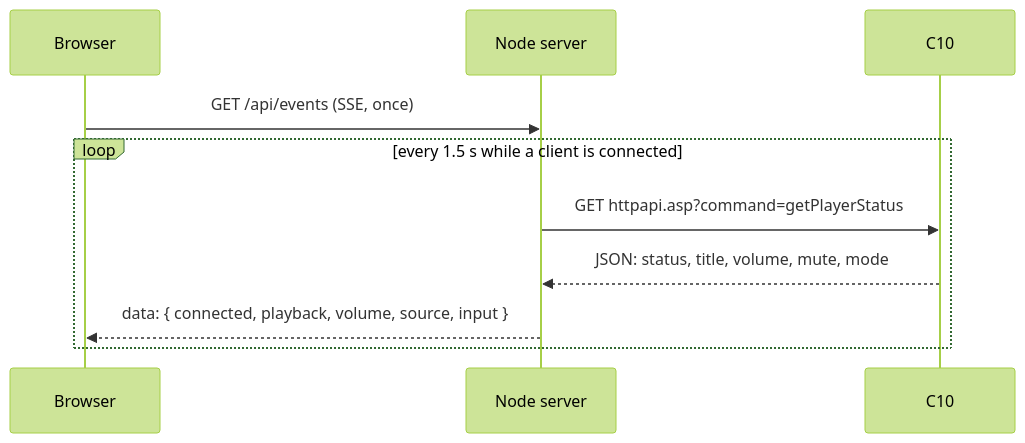
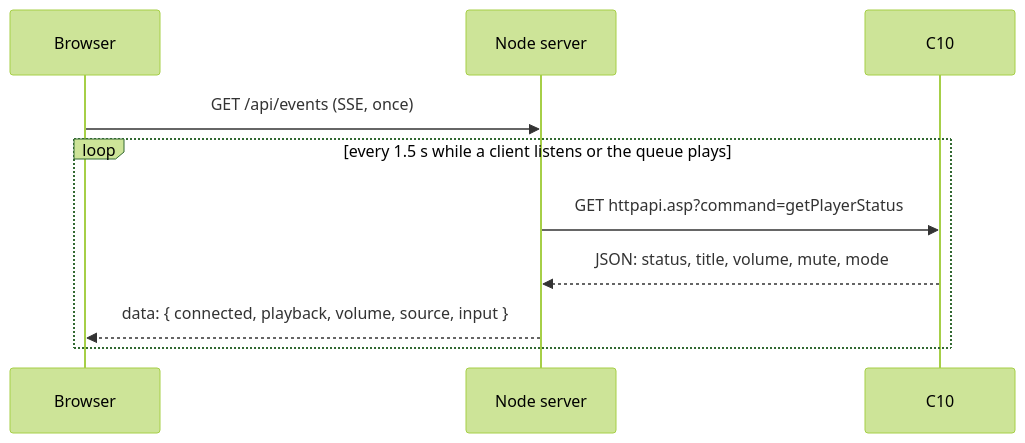
Before and after one commit to vampaz/c10-control: the second of 3 diagrams in docs/TECHNICAL.md, drawn with Mermaid (forest theme). The commit also changed other lines of this file and 6 other files, not shown here.

````diff
--- a/docs/TECHNICAL.md
+++ b/docs/TECHNICAL.md
@@ -108,13 +108,13 @@
 ```mermaid
 sequenceDiagram
     participant B as Browser
     participant N as Node server
     participant S as C10
 
     B->>N: GET /api/events (SSE, once)
-    loop every 1.5 s while a client is connected
+    loop every 1.5 s while a client listens or the queue plays
         N->>S: GET httpapi.asp?command=getPlayerStatus
         S-->>N: JSON: status, title, volume, mute, mode
         N-->>B: data: { connected, playback, volume, source, input }
     end
 ```
````
